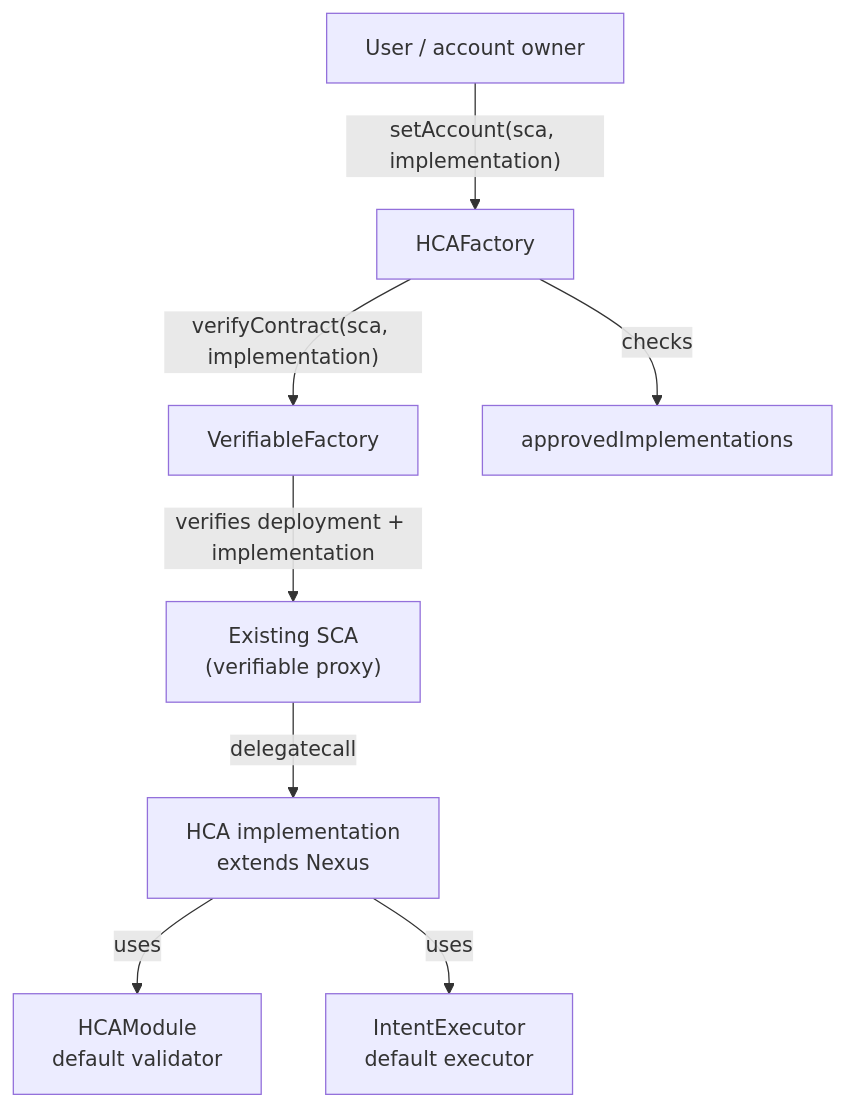
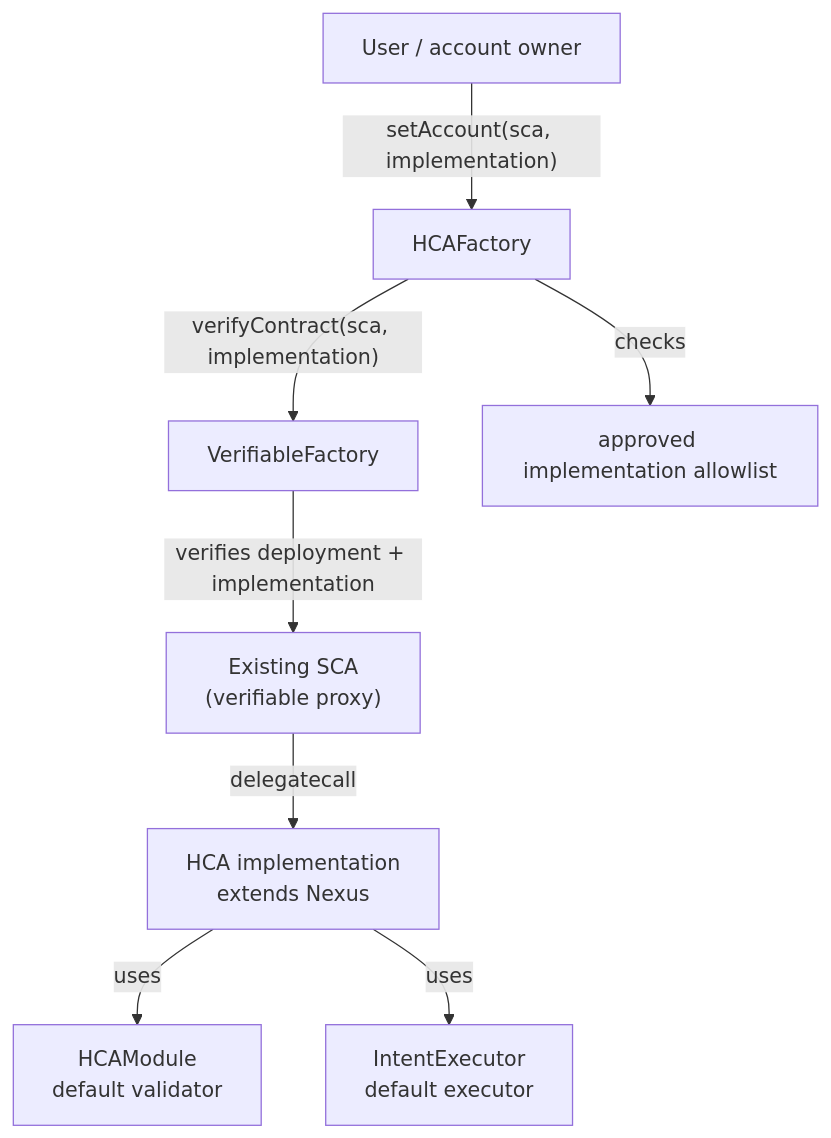
One commit to ensdomains/contracts-v2 changed the diagram in contracts/src/hca/README.md. Above: the diagram before and after it, drawn with Mermaid. The commit also changed 3 other files, not shown here.

````diff
--- a/contracts/src/hca/README.md
+++ b/contracts/src/hca/README.md
@@ -28,20 +28,20 @@
 ```mermaid
 flowchart TD
     Owner["User / account owner"]
     HCAFactory["HCAFactory"]
     VerifiableFactory["VerifiableFactory"]
-    ImplAllowlist["approvedImplementations"]
+    ImplAllowlist["approved implementation allowlist"]
     ExistingSCA["Existing SCA<br/>(verifiable proxy)"]
     HCAImpl["HCA implementation<br/>extends Nexus"]
     HCAModule["HCAModule<br/>default validator"]
     IntentExecutor["IntentExecutor<br/>default executor"]
 
     Owner -->|"setAccount(sca, implementation)"| HCAFactory
     HCAFactory -->|"checks"| ImplAllowlist
     HCAFactory -->|"verifyContract(sca, implementation)"| VerifiableFactory
     VerifiableFactory -->|"verifies deployment + implementation"| ExistingSCA
     ExistingSCA -->|"delegatecall"| HCAImpl
 
     HCAImpl -->|"uses"| HCAModule
     HCAImpl -->|"uses"| IntentExecutor
 ```
````
